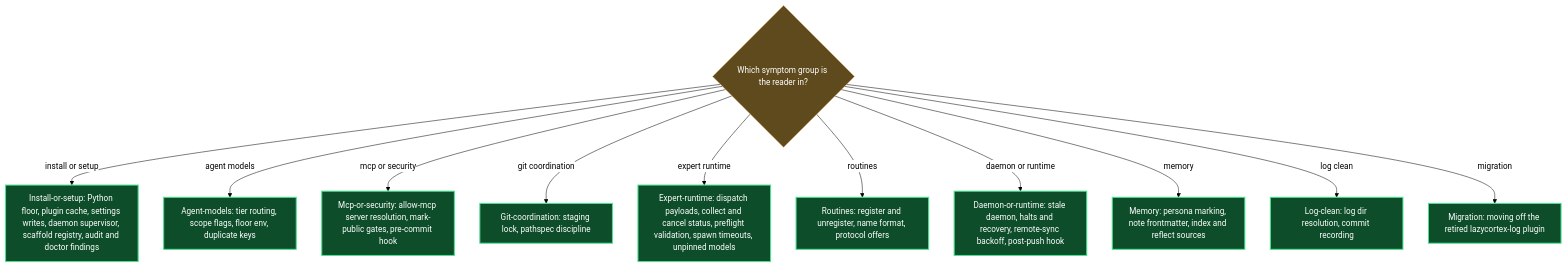
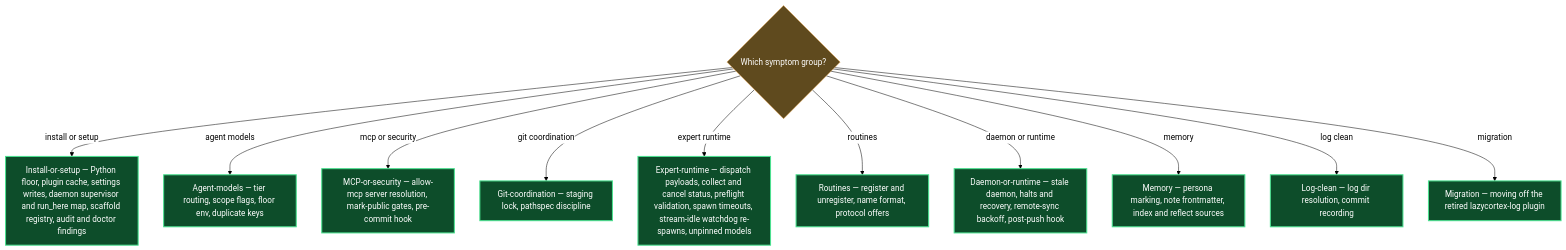
Before and after one commit to mebius-san/lazy-cortex: the diagram in claude/lazycortex-core/help/troubleshooting.md, drawn with Mermaid. The commit also changed other lines of this file and 511 other files, not shown here.

First line of the commit message:
release: core 7.0.0, specs 6.0.0, review 6.1.0, obsidian 3.0.0, wiki 2.0.0, python 4.0.0, experts 1.0.0, diagram 1.1.7, observe 0.8.3

````diff
--- a/claude/lazycortex-core/help/troubleshooting.md
+++ b/claude/lazycortex-core/help/troubleshooting.md
@@ -914,42 +981,42 @@
 ```mermaid
 %%{init: {'themeVariables':{'lineColor':'#000','textColor':'#000','edgeLabelBackground':'#fff'},'themeCSS':'.edgeLabel{background-color:transparent!important}.edgeLabel p{background-color:transparent!important}','flowchart':{'diagramPadding':5,'useMaxWidth':true}}}%%
 flowchart TD
-  symptomGroup{Which symptom group is the reader in?}
+  symptomGroup{"Which symptom group?"}
 
-  installOrSetup[Install-or-setup: Python floor, plugin cache, settings writes, daemon supervisor, scaffold registry, audit and doctor findings]
-  agentModels[Agent-models: tier routing, scope flags, floor env, duplicate keys]
-  mcpOrSecurity[Mcp-or-security: allow-mcp server resolution, mark-public gates, pre-commit hook]
-  gitCoordination[Git-coordination: staging lock, pathspec discipline]
-  expertRuntime[Expert-runtime: dispatch payloads, collect and cancel status, preflight validation, spawn timeouts, unpinned models]
-  routines[Routines: register and unregister, name format, protocol offers]
-  daemonOrRuntime[Daemon-or-runtime: stale daemon, halts and recovery, remote-sync backoff, post-push hook]
-  memory[Memory: persona marking, note frontmatter, index and reflect sources]
-  logClean[Log-clean: log dir resolution, commit recording]
-  migration[Migration: moving off the retired lazycortex-log plugin]
+  installOrSetup["Install-or-setup — Python floor, plugin cache, settings writes, daemon supervisor and run_here map, scaffold registry, audit and doctor findings"]
+  agentModels["Agent-models — tier routing, scope flags, floor env, duplicate keys"]
+  mcpOrSecurity["MCP-or-security — allow-mcp server resolution, mark-public gates, pre-commit hook"]
+  gitCoordination["Git-coordination — staging lock, pathspec discipline"]
+  expertRuntime["Expert-runtime — dispatch payloads, collect and cancel status, preflight validation, spawn timeouts, stream-idle watchdog re-spawns, unpinned models"]
+  routines["Routines — register and unregister, name format, protocol offers"]
+  daemonOrRuntime["Daemon-or-runtime — stale daemon, halts and recovery, remote-sync backoff, post-push hook"]
+  memory["Memory — persona marking, note frontmatter, index and reflect sources"]
+  logClean["Log-clean — log dir resolution, commit recording"]
+  migration["Migration — moving off the retired lazycortex-log plugin"]
 
   symptomGroup -->|install or setup| installOrSetup
   symptomGroup -->|agent models| agentModels
   symptomGroup -->|mcp or security| mcpOrSecurity
   symptomGroup -->|git coordination| gitCoordination
   symptomGroup -->|expert runtime| expertRuntime
   symptomGroup -->|routines| routines
   symptomGroup -->|daemon or runtime| daemonOrRuntime
   symptomGroup -->|memory| memory
   symptomGroup -->|log clean| logClean
   symptomGroup -->|migration| migration
 
   classDef guard fill:#5f4a1e,stroke:#e2a14a,color:#fff
   classDef success fill:#0d4d2a,stroke:#4ae290,color:#fff,stroke-width:2px
 
   class symptomGroup guard
   class installOrSetup success
   class agentModels success
   class mcpOrSecurity success
   class gitCoordination success
   class expertRuntime success
   class routines success
   class daemonOrRuntime success
   class memory success
   class logClean success
   class migration success
 ```
````
